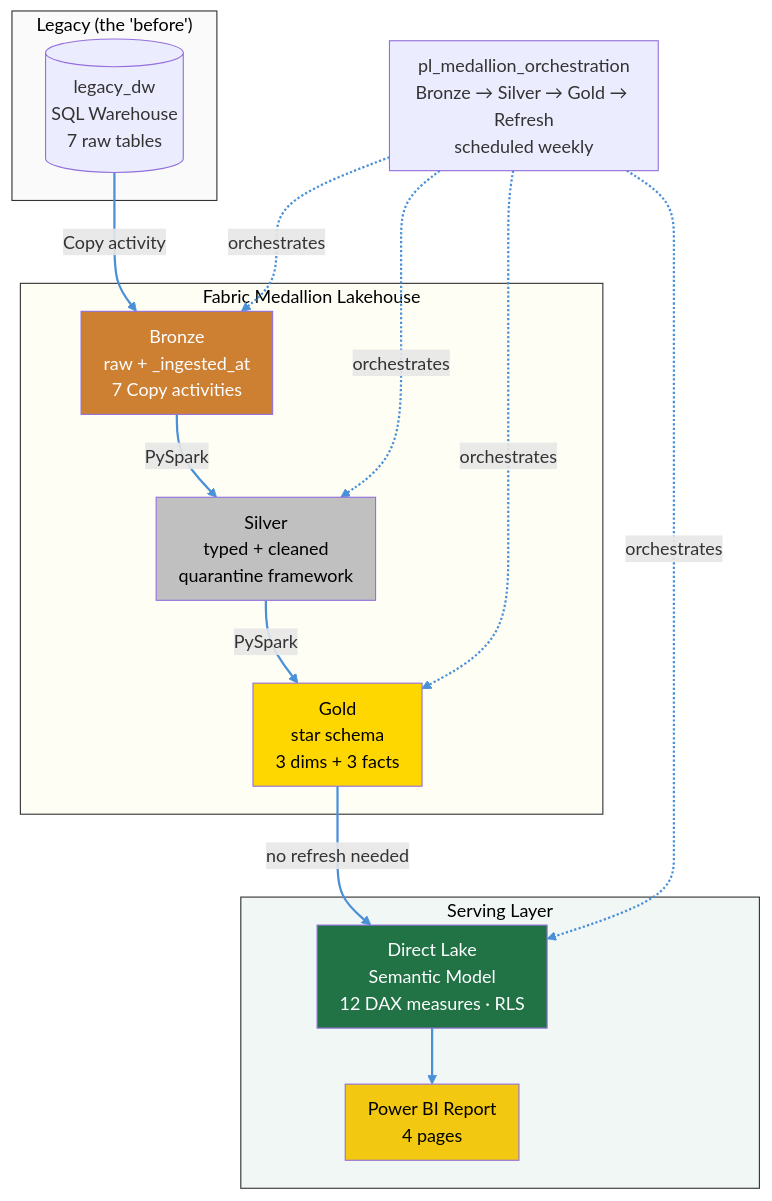
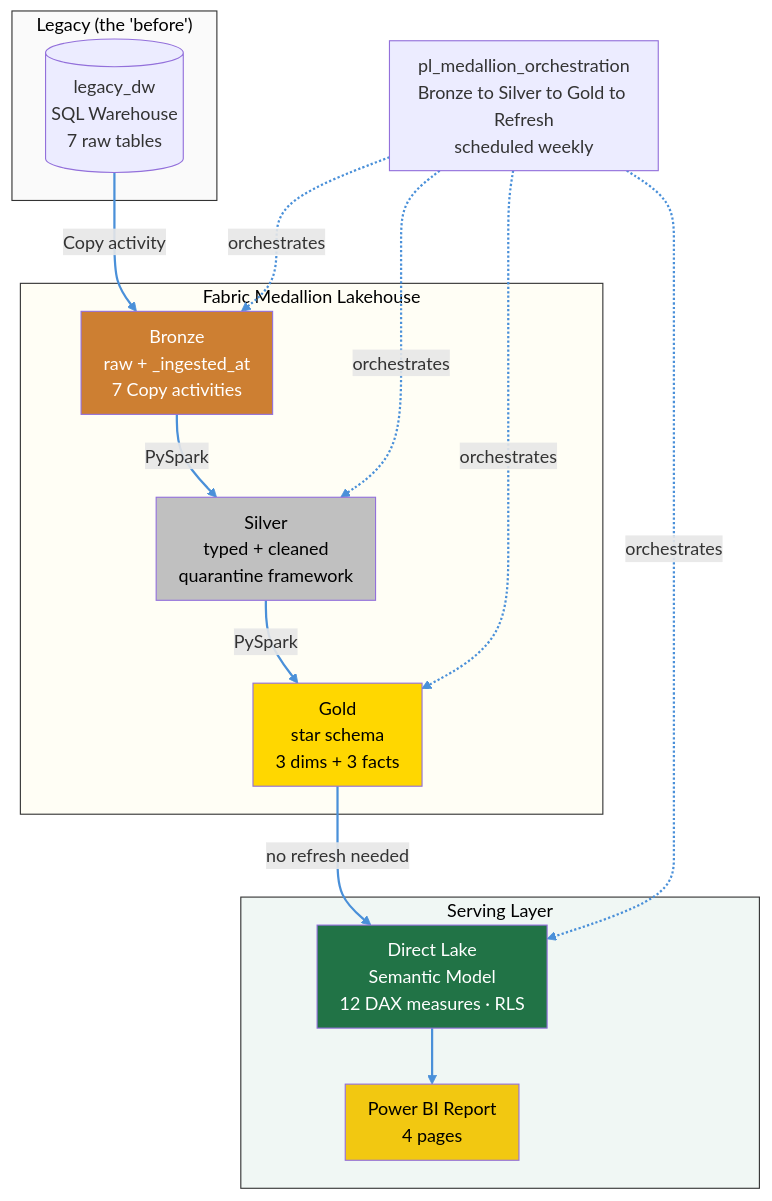
Before and after one commit to ChristianLG2/legacy-to-fabric-migration: the diagram in README.md, drawn with Mermaid. The commit also changed other lines of this file, not shown here.

````diff
--- a/README.md
+++ b/README.md
@@ -7,35 +7,35 @@
 ```mermaid
 %%{init: {'theme': 'default', 'themeVariables': {'fontSize': '16px', 'background': '#ffffff', 'lineColor': '#4a90d9'}, 'flowchart': {'nodeSpacing': 40, 'rankSpacing': 50, 'padding': 10}}}%%
 flowchart TB
     subgraph Legacy["Legacy (the 'before')"]
         SRC[("legacy_dw<br/>SQL Warehouse<br/>7 raw tables")]
     end
     subgraph Medallion["Fabric Medallion Lakehouse"]
         BRZ["Bronze<br/>raw + _ingested_at<br/>7 Copy activities"]
         SLV["Silver<br/>typed + cleaned<br/>quarantine framework"]
         GLD["Gold<br/>star schema<br/>3 dims + 3 facts"]
     end
     subgraph Serve["Serving Layer"]
         SEM["Direct Lake<br/>Semantic Model<br/>12 DAX measures · RLS"]
         RPT["Power BI Report<br/>4 pages"]
     end
     SRC -->|Copy activity| BRZ
     BRZ -->|PySpark| SLV
     SLV -->|PySpark| GLD
     GLD -->|no refresh needed| SEM
     SEM --> RPT
-    ORCH["pl_medallion_orchestration<br/>Bronze → Silver → Gold → Refresh<br/>scheduled weekly"]
+    ORCH["pl_medallion_orchestration<br/>Bronze to Silver to Gold to Refresh<br/>scheduled weekly"]
     ORCH -.orchestrates.-> BRZ
     ORCH -.orchestrates.-> SLV
     ORCH -.orchestrates.-> GLD
     ORCH -.orchestrates.-> SEM
     style Legacy fill:#fafafa,stroke:#333333,color:#000000
     style Medallion fill:#fffef5,stroke:#333333,color:#000000
     style Serve fill:#f0f7f4,stroke:#333333,color:#000000
     style BRZ fill:#cd7f32,color:#fff
     style SLV fill:#c0c0c0,color:#000
     style GLD fill:#ffd700,color:#000
     style SEM fill:#217346,color:#fff
     style RPT fill:#f2c811,color:#000
     linkStyle default stroke:#4a90d9,stroke-width:2px
 ```
````
